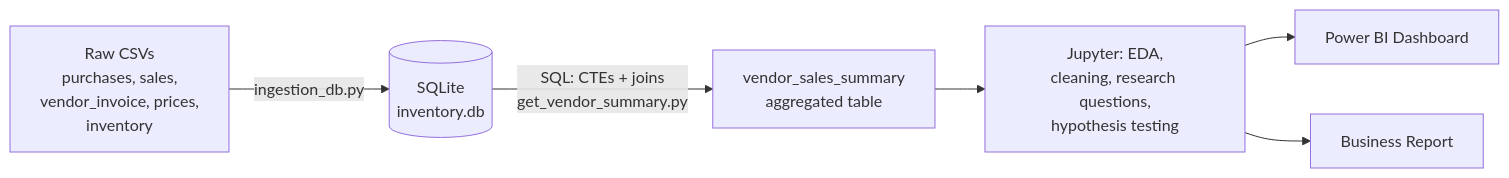
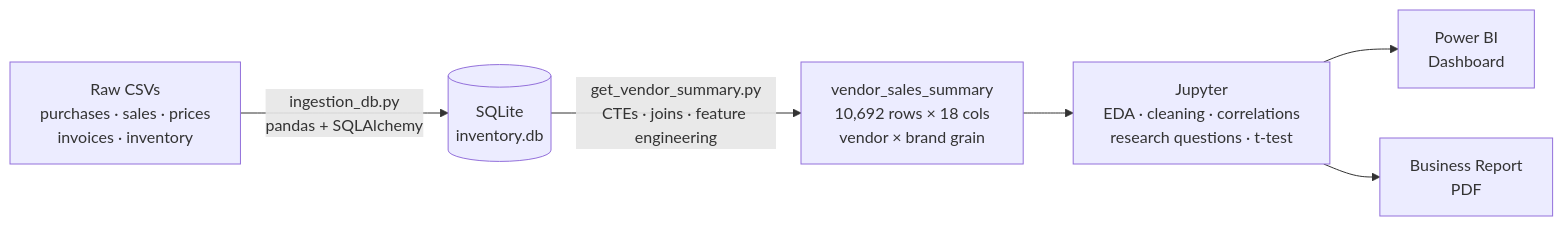
The diagram in README.md (sakshamgulati19-cloud/Vendor-Perfomance-Analysis), drawn with Mermaid before and after one commit. The commit also changed other lines of this file, not shown here.

````diff
--- a/README.md
+++ b/README.md
@@ -29,8 +83,8 @@
 ```mermaid
 flowchart LR
-    A[Raw CSVs<br>purchases, sales,<br>vendor_invoice, prices,<br>inventory] -->|ingestion_db.py| B[(SQLite<br>inventory.db)]
-    B -->|SQL: CTEs + joins<br>get_vendor_summary.py| C[vendor_sales_summary<br>aggregated table]
-    C --> D[Jupyter: EDA,<br>cleaning, research questions,<br>hypothesis testing]
-    D --> E[Power BI Dashboard]
-    D --> F[Business Report]
+    A["Raw CSVs<br/>purchases · sales · prices<br/>invoices · inventory"] -->|"ingestion_db.py<br/>pandas + SQLAlchemy"| B[("SQLite<br/>inventory.db")]
+    B -->|"get_vendor_summary.py<br/>CTEs · joins · feature engineering"| C["vendor_sales_summary<br/>10,692 rows × 18 cols<br/>vendor × brand grain"]
+    C --> D["Jupyter<br/>EDA · cleaning · correlations<br/>research questions · t-test"]
+    D --> E["Power BI<br/>Dashboard"]
+    D --> F["Business Report<br/>PDF"]
 ```
````
